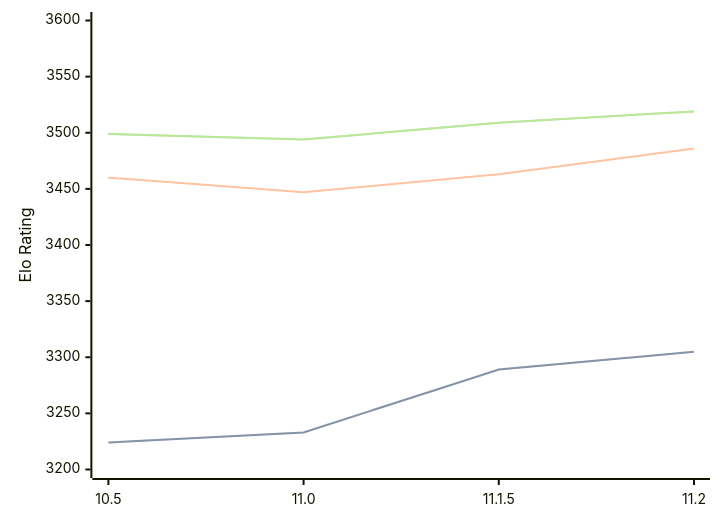
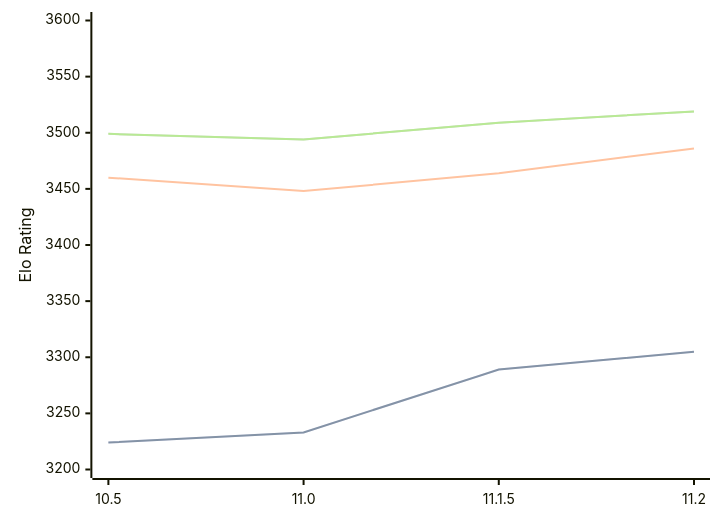
One commit to computer-chess-index/cci changed the diagram in engines/Lizard.md. Above: the diagram before and after it, drawn with Mermaid. The commit also changed other lines of this file, not shown here.

````diff
--- a/engines/Lizard.md
+++ b/engines/Lizard.md
@@ -34,11 +34,11 @@
 ```mermaid
 %%{init: {"theme":"base","themeVariables":{"seriesColors:['#a3a3a3','#222221','#faa371']}}}%%
 xychart-beta
   x-axis ["10.5", "11.0", "11.1.5", "11.2"]
   y-axis "Elo Rating" 3200 --> 3600
   line "" [3224, 3233, 3289, 3305]
   line "STC (8.0+0.08s)" [3224, 3233, 3289, 3305]
-  line "LTC (60.0+0.60s)" [3460, 3447, 3463, 3486]
+  line "LTC (60.0+0.60s)" [3460, 3448, 3464, 3486]
   line "" [3499, 3494, 3509, 3519]
   line "VLTC (2m24s+1.12s)" [3499, 3494, 3509, 3519]
 ```
````
